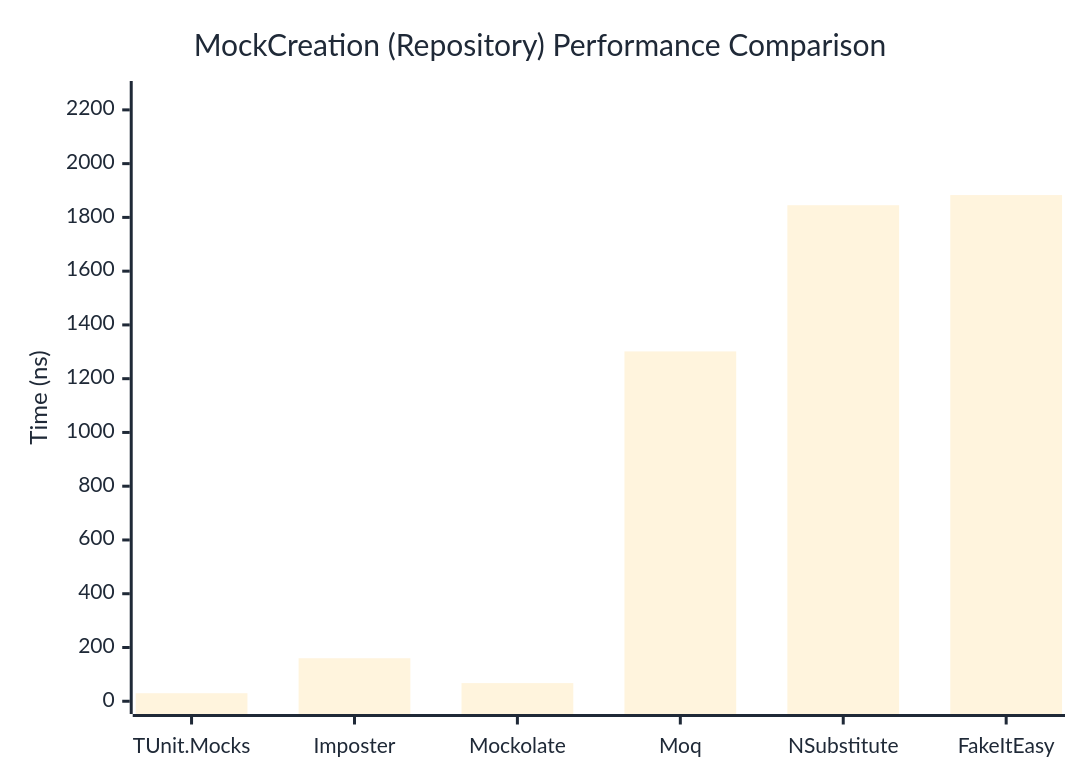
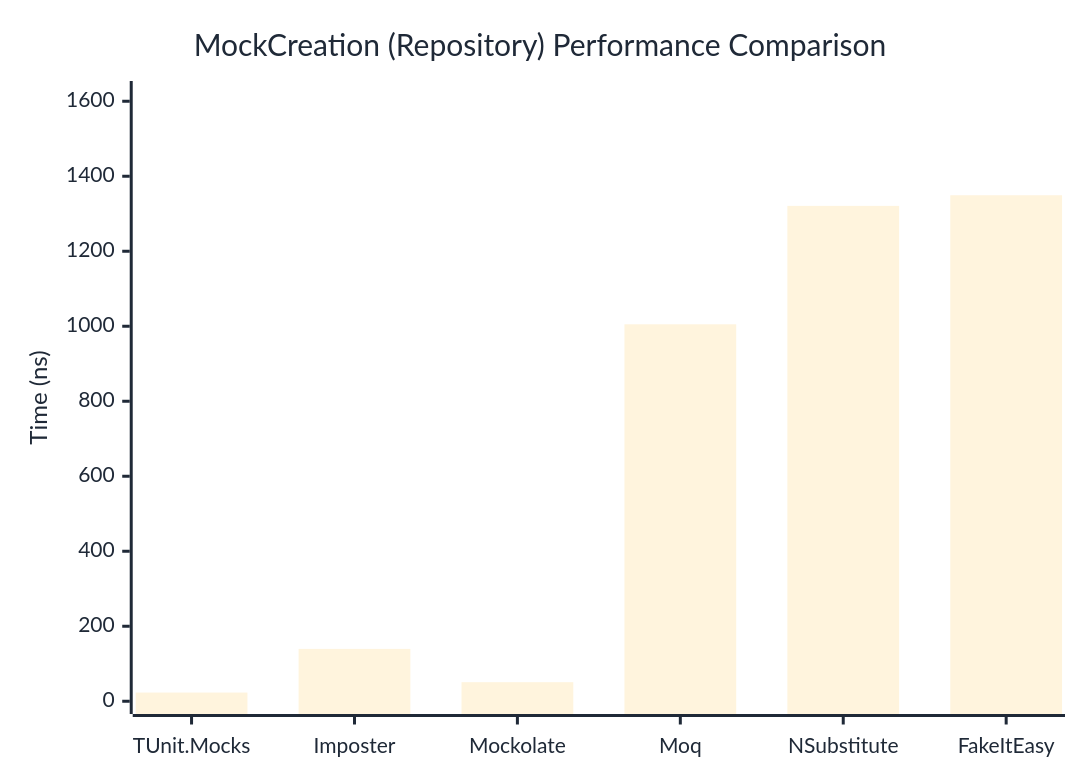
Before and after one commit to thomhurst/TUnit: the second of 2 diagrams in docs/docs/benchmarks/mocks/MockCreation.md, drawn with Mermaid. The commit also changed other lines of this file and 14 other files, not shown here.

````diff
--- a/docs/docs/benchmarks/mocks/MockCreation.md
+++ b/docs/docs/benchmarks/mocks/MockCreation.md
@@ -71,27 +71,27 @@
 ```mermaid
 %%{init: {
   'theme':'base',
   'themeVariables': {
     'primaryColor': '#2563eb',
     'primaryTextColor': '#1f2937',
     'primaryBorderColor': '#1e40af',
     'lineColor': '#6b7280',
     'secondaryColor': '#7c3aed',
     'tertiaryColor': '#dc2626',
     'background': '#ffffff',
     'pie1': '#2563eb',
     'pie2': '#7c3aed',
     'pie3': '#dc2626',
     'pie4': '#f59e0b',
     'pie5': '#10b981',
     'pie6': '#06b6d4',
     'pie7': '#ec4899',
     'pie8': '#6366f1'
   }
 }}%%
 xychart-beta
   title "MockCreation (Repository) Performance Comparison"
   x-axis ["TUnit.Mocks", "Imposter", "Mockolate", "Moq", "NSubstitute", "FakeItEasy"]
-  y-axis "Time (ns)" 0 --> 2260
-  bar [29.92, 160.02, 67.56, 1301.47, 1845.32, 1883.04]
+  y-axis "Time (ns)" 0 --> 1620
+  bar [23.17, 139.61, 50.85, 1005.17, 1321.02, 1349.33]
 ```
````
